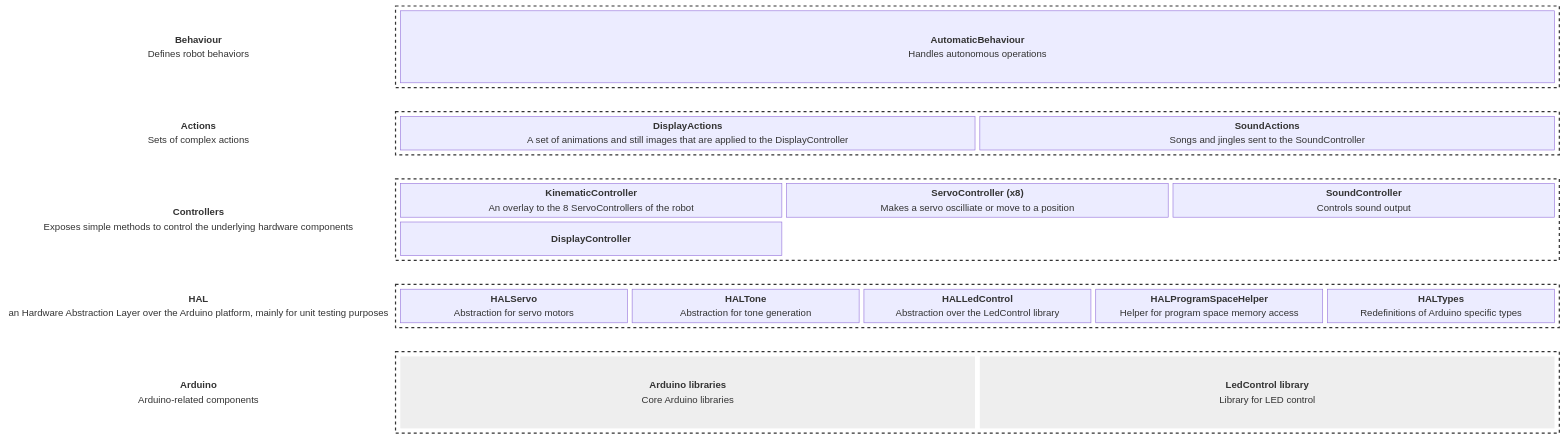
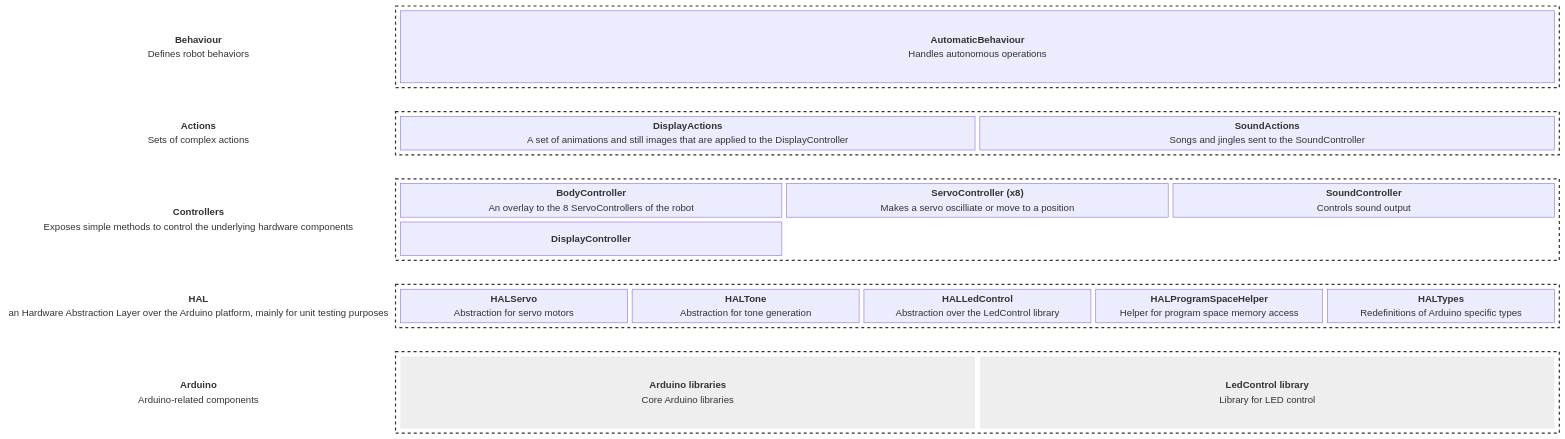
Before and after one commit to verdi8/o4-firmware: the diagram in README.md, drawn with Mermaid. The commit also changed other lines of this file and 23 other files, not shown here.

````diff
--- a/README.md
+++ b/README.md
@@ -51,55 +51,55 @@
 ```mermaid
 block
 columns 4
     behaviour_title["<b>Behaviour</b>\nDefines robot behaviors"]
     block:behaviour_block:3
         ab["<b>AutomaticBehaviour</b>\nHandles autonomous operations"]
     end
     actions_title["<b>Actions</b>\nSets of complex actions"] 
     block:actions_block:3
         da["<b>DisplayActions</b>\nA set of animations and still images that are applied to the DisplayController"]
         sa["<b>SoundActions</b>\nSongs and jingles sent to the SoundController"]
     end
     controllers_title["<b>Controllers</b>\nExposes simple methods to control the underlying hardware components"]
     block:controllers_block:3
         columns 3
-        kc["<b>KinematicController</b>\nAn overlay to the 8 ServoControllers of the robot"]
+        kc["<b>BodyController</b>\nAn overlay to the 8 ServoControllers of the robot"]
         tc["<b>ServoController (x8)</b>\nMakes a servo oscilliate or move to a position"]
         sc["<b>SoundController</b>\nControls sound output"]
         dc["<b>DisplayController</b>\n"]
     end
 
     hal_title["<b>HAL</b>\nan Hardware Abstraction Layer over the Arduino platform, mainly for unit testing purposes"]
     block:hal_block:3
         hs["<b>HALServo</b>\nAbstraction for servo motors"] 
         ht["<b>HALTone</b>\nAbstraction for tone generation"]
         hl["<b>HALLedControl</b>\nAbstraction over the LedControl library"]
         hp["<b>HALProgramSpaceHelper</b>\nHelper for program space memory access"]
         hy["<b>HALTypes</b>\nRedefinitions of Arduino specific types"]
     end
 
     arduino_title["<b>Arduino</b>\nArduino-related components"]
     block:arduino_block:3
         ar["<b>Arduino libraries</b>\nCore Arduino libraries"]
         lc["<b>LedControl library</b>\nLibrary for LED control"]
     end
 
     classDef layer fill:white,stroke:#333,stroke-width:2px,stroke-dasharray: 5 5;
     class actions_block layer
     class controllers_block layer   
     class hal_block layer   
     class behaviour_block layer   
     class arduino_block layer
 
    
     classDef title fill:white,stroke:none;
     class controllers_title title
     class hal_title title
     class actions_title title
     class behaviour_title title
     class arduino_title title
 
     classDef external fill:#EEEEEE,stroke:none;
     class ar external
     class lc external
 ```
````
